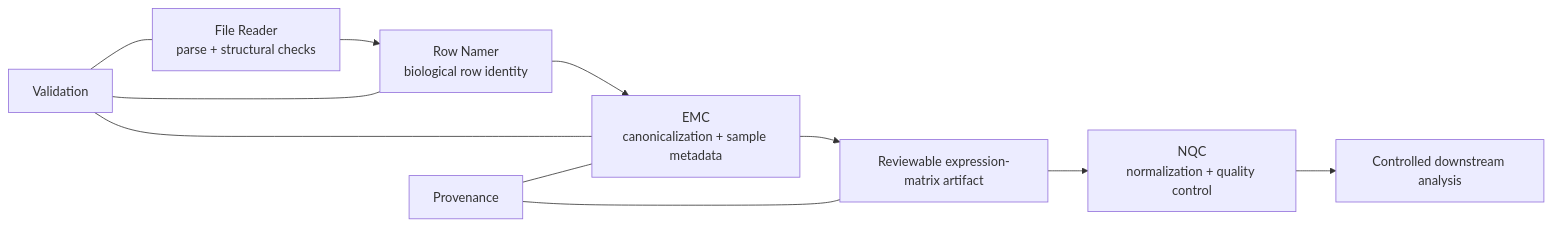
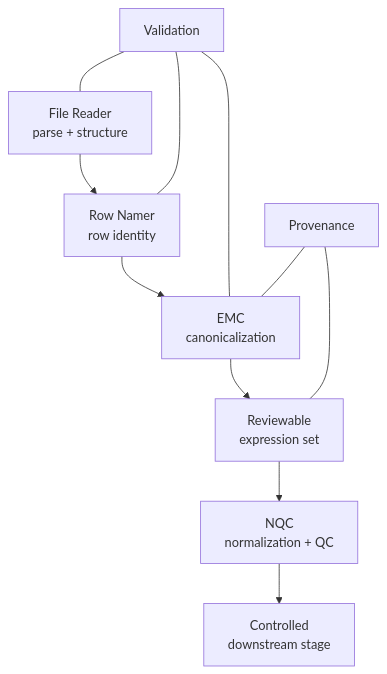
The third of 5 diagrams in docs/ENGINEERING_OVERVIEW.md (wilderruiz/zomniverse-project), drawn with Mermaid before and after one commit. The commit also changed other lines of this file, not shown here.

Commit message:
docs: fix clipped Mermaid labels across engineering overview

````diff
--- a/docs/ENGINEERING_OVERVIEW.md
+++ b/docs/ENGINEERING_OVERVIEW.md
@@ -112,14 +112,14 @@
 ```mermaid
-flowchart LR
-    FR[File Reader\nparse + structural checks] --> RN[Row Namer\nbiological row identity]
-    RN --> EMC[EMC\ncanonicalization + sample metadata]
-    EMC --> ART[Reviewable expression-matrix artifact]
-    ART --> NQC[NQC\nnormalization + quality control]
-    NQC --> ANA[Controlled downstream analysis]
+flowchart TD
+    FR["File Reader<br/>parse + structure"] --> RN["Row Namer<br/>row identity"]
+    RN --> EMC["EMC<br/>canonicalization"]
+    EMC --> ART["Reviewable<br/>expression set"]
+    ART --> NQC["NQC<br/>normalization + QC"]
+    NQC --> ANA["Controlled<br/>downstream stage"]
 
-    V[Validation] --- FR
+    V["Validation"] --- FR
     V --- RN
     V --- EMC
-    P[Provenance] --- EMC
+    P["Provenance"] --- EMC
     P --- ART
 ```
````
